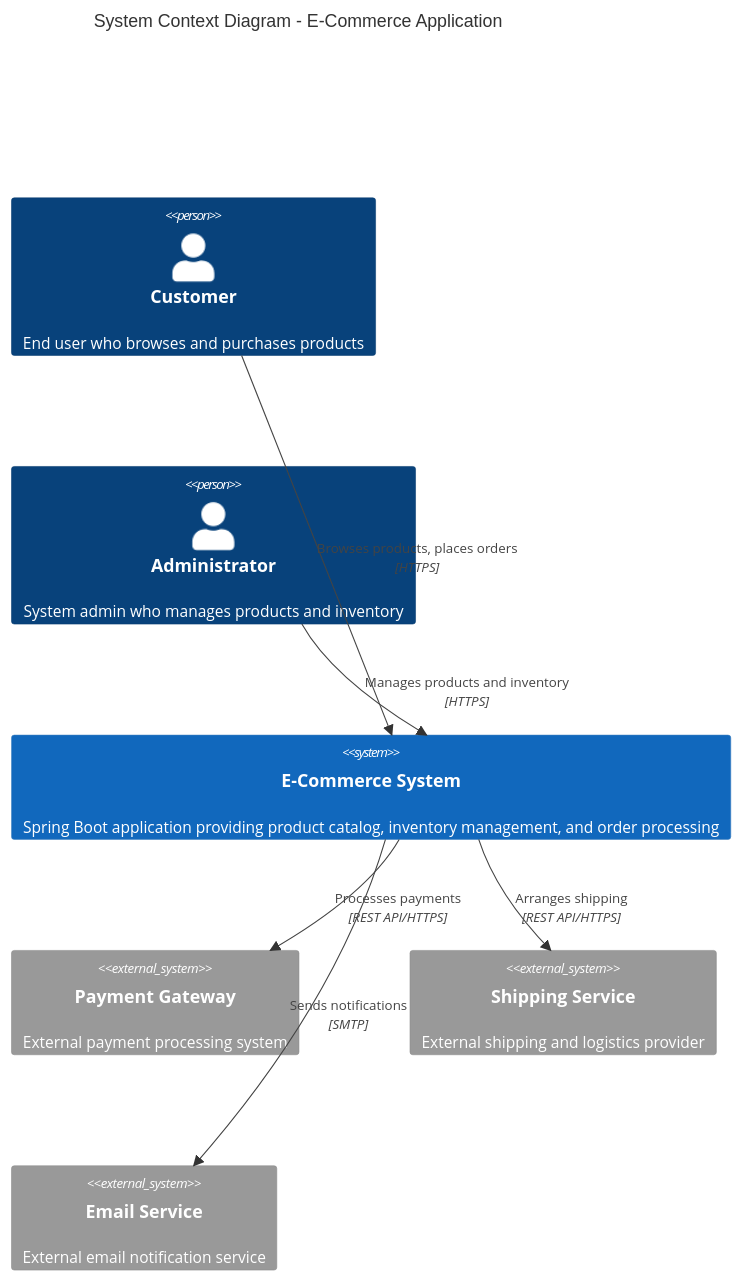
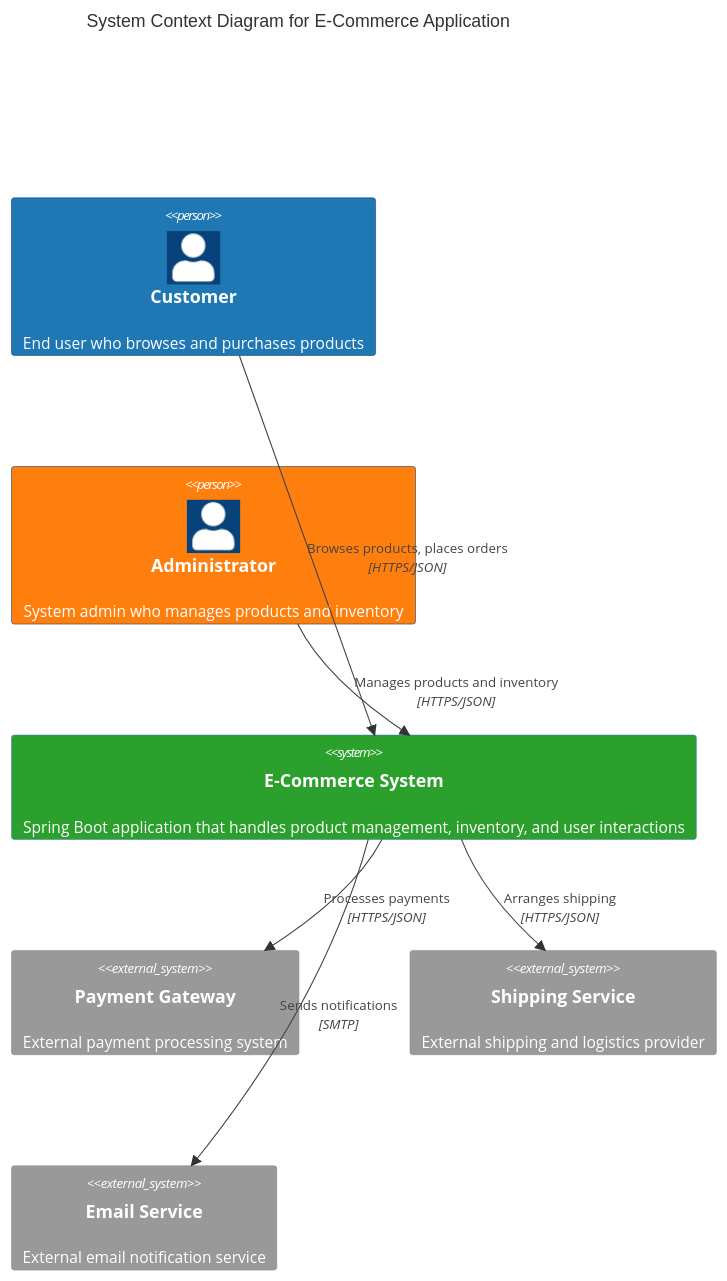
One commit to NavneetBN47/aava-ecom-demo changed the first of 2 diagrams in docs/HLD/hld.md. Above: the diagram before and after it, drawn with Mermaid. The commit also changed other lines of this file, not shown here.

````diff
--- a/docs/HLD/hld.md
+++ b/docs/HLD/hld.md
@@ -20,21 +17,23 @@
 ```mermaid
 C4Context
-    title System Context Diagram - E-Commerce Application
+    title System Context Diagram for E-Commerce Application
     
     Person(customer, "Customer", "End user who browses and purchases products")
     Person(admin, "Administrator", "System admin who manages products and inventory")
     
-    System(ecommerce, "E-Commerce System", "Spring Boot application providing product catalog, inventory management, and order processing")
+    System(ecommerce, "E-Commerce System", "Spring Boot application that handles product management, inventory, and user interactions")
     
     System_Ext(payment, "Payment Gateway", "External payment processing system")
     System_Ext(shipping, "Shipping Service", "External shipping and logistics provider")
     System_Ext(email, "Email Service", "External email notification service")
     
-    Rel(customer, ecommerce, "Browses products, places orders", "HTTPS")
-    Rel(admin, ecommerce, "Manages products and inventory", "HTTPS")
-    Rel(ecommerce, payment, "Processes payments", "REST API/HTTPS")
-    Rel(ecommerce, shipping, "Arranges shipping", "REST API/HTTPS")
+    Rel(customer, ecommerce, "Browses products, places orders", "HTTPS/JSON")
+    Rel(admin, ecommerce, "Manages products and inventory", "HTTPS/JSON")
+    Rel(ecommerce, payment, "Processes payments", "HTTPS/JSON")
+    Rel(ecommerce, shipping, "Arranges shipping", "HTTPS/JSON")
     Rel(ecommerce, email, "Sends notifications", "SMTP")
     
-    UpdateLayoutConfig($c4ShapeInRow="3", $c4BoundaryInRow="2")
+    UpdateElementStyle(customer, $fontColor="white", $bgColor="#1f77b4")
+    UpdateElementStyle(admin, $fontColor="white", $bgColor="#ff7f0e")
+    UpdateElementStyle(ecommerce, $fontColor="white", $bgColor="#2ca02c")
 ```
````
